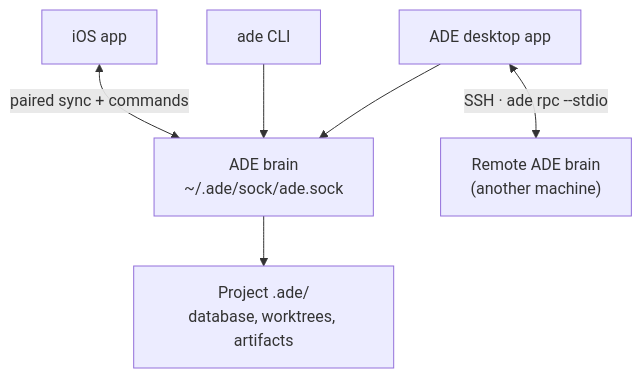
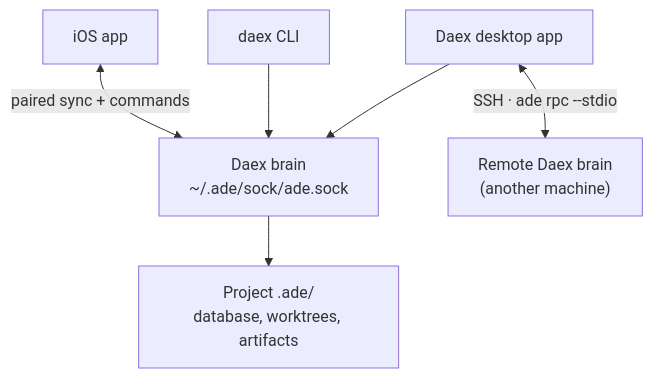
Before and after one commit to arul28/ADE: the diagram in architecture.mdx, drawn with Mermaid. The commit also changed other lines of this file and 7 other files, not shown here.

````diff
--- a/architecture.mdx
+++ b/architecture.mdx
@@ -11,15 +11,15 @@
 ```mermaid
 flowchart TB
-  Desktop["ADE desktop app"]
-  CLI["ade CLI"]
+  Desktop["Daex desktop app"]
+  CLI["daex CLI"]
   IOS["iOS app"]
-  Brain["ADE brain<br/>~/.ade/sock/ade.sock"]
+  Brain["Daex brain<br/>~/.ade/sock/ade.sock"]
   Project["Project .ade/<br/>database, worktrees, artifacts"]
-  Remote["Remote ADE brain<br/>(another machine)"]
+  Remote["Remote Daex brain<br/>(another machine)"]
 
   Desktop --> Brain
   CLI --> Brain
   IOS <-->|"paired sync + commands"| Brain
   Brain --> Project
   Desktop <-->|"SSH · ade rpc --stdio"| Remote
 ```
````
